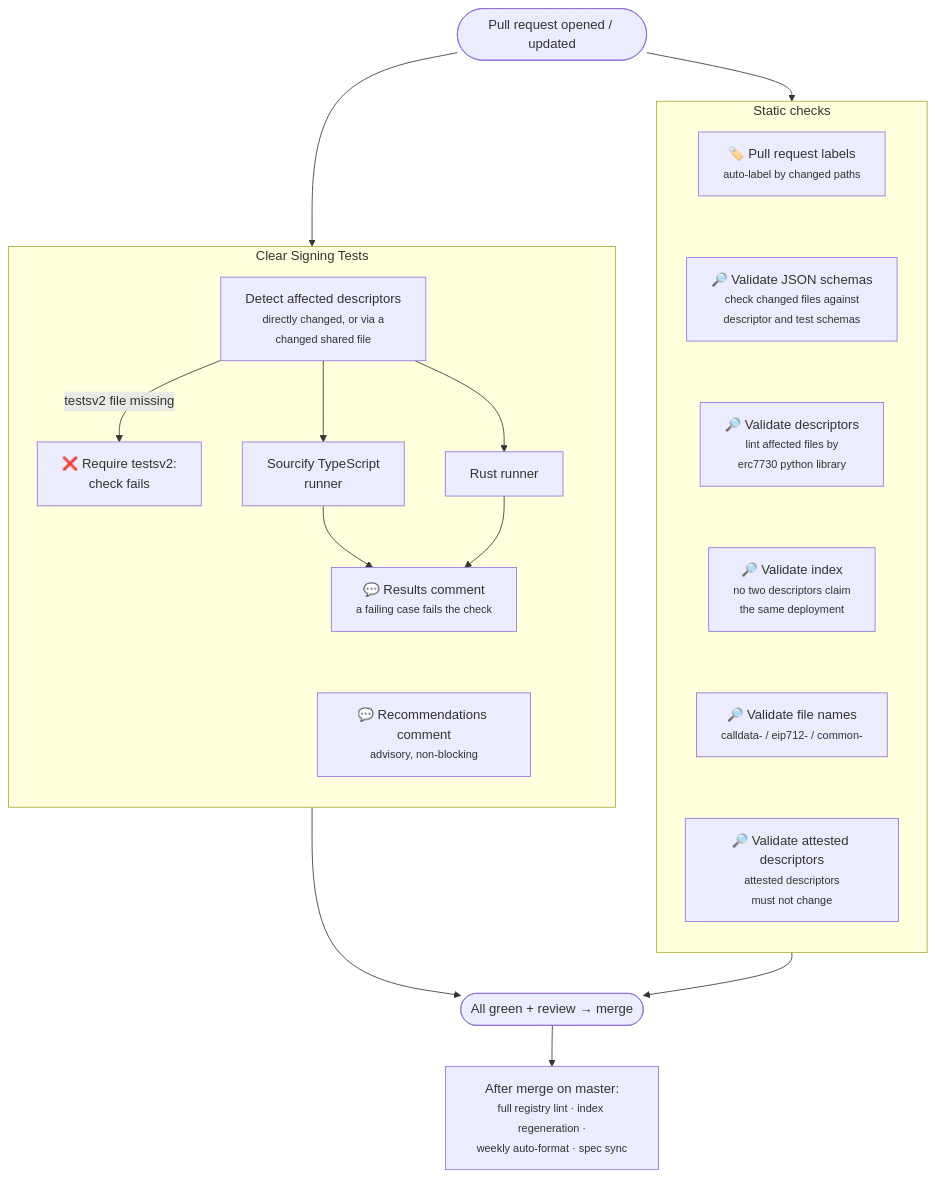
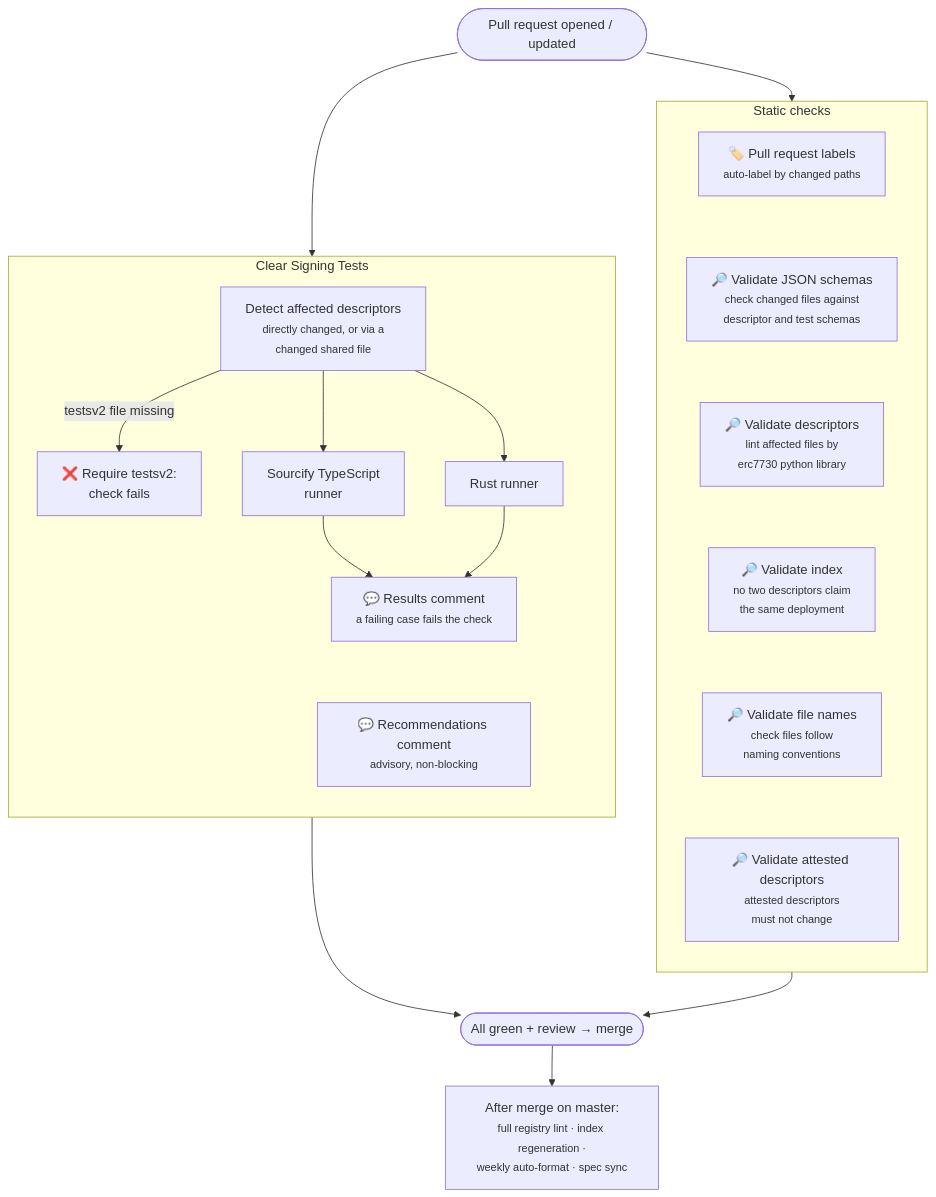
Before and after one commit to sourcifyeth/clear-signing-docs: the diagram in docs/registry/ci-checks.md, drawn with Mermaid.

Commit message:
Reword the validate-file-names diagram caption

````diff
--- a/docs/registry/ci-checks.md
+++ b/docs/registry/ci-checks.md
@@ -12,32 +12,32 @@
 ```mermaid
 flowchart TD
     PR([Pull request opened / updated])
 
     subgraph static ["Static checks"]
         direction TB
         LBL["🏷️ Pull request labels<br/><small>auto-label by changed paths</small>"]
         SCHEMA["🔎 Validate JSON schemas<br/><small>check changed files against<br/>descriptor and test schemas</small>"]
         DESC["🔎 Validate descriptors<br/><small>lint affected files by<br/>erc7730 python library</small>"]
         IDX["🔎 Validate index<br/><small>no two descriptors claim<br/>the same deployment</small>"]
-        NAMES["🔎 Validate file names<br/><small>calldata- / eip712- / common-</small>"]
+        NAMES["🔎 Validate file names<br/><small>check files follow<br/>naming conventions</small>"]
         ATT["🔎 Validate attested descriptors<br/><small>attested descriptors<br/>must not change</small>"]
         LBL ~~~ SCHEMA ~~~ DESC ~~~ IDX ~~~ NAMES ~~~ ATT
     end
 
     subgraph tests ["Clear Signing Tests"]
         direction TB
         DETECT["Detect affected descriptors<br/><small>directly changed, or via a<br/>changed shared file</small>"]
         DETECT -- "testsv2 file missing" --> MISSING["❌ Require testsv2:<br/>check fails"]
         DETECT --> RUNTS["Sourcify TypeScript<br/>runner"]
         DETECT --> RUNRS["Rust runner"]
         RUNTS --> RESULTS["💬 Results comment<br/><small>a failing case fails the check</small>"]
         RUNRS --> RESULTS
         RESULTS ~~~ REC["💬 Recommendations comment<br/><small>advisory, non-blocking</small>"]
     end
 
     PR --> LBL
     PR --> DETECT
     RESULTS --> MERGE([All green + review → merge])
     static --> MERGE
     MERGE --> POST["After merge on master:<br/><small>full registry lint · index regeneration ·<br/>weekly auto-format · spec sync</small>"]
 ```
````
